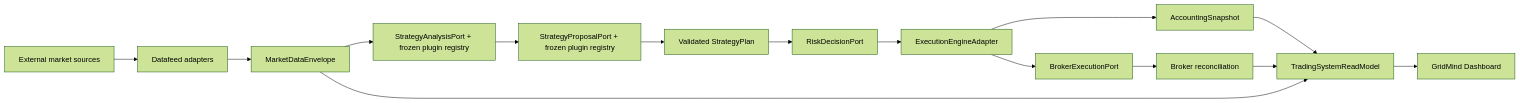
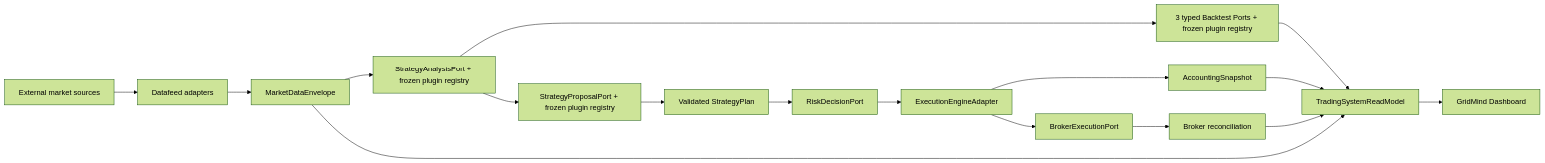
One commit to zinan92/trading-system changed the diagram in docs/trading-system-ports-and-adapters-audit-2026-07-18.md. Above: the diagram before and after it, drawn with Mermaid (forest theme). The commit also changed other lines of this file and 1 other file, not shown here.

Commit message:
test(architecture): freeze backtest plugin boundary

````diff
--- a/docs/trading-system-ports-and-adapters-audit-2026-07-18.md
+++ b/docs/trading-system-ports-and-adapters-audit-2026-07-18.md
@@ -41,17 +41,19 @@
 ```mermaid
 flowchart LR
     S["External market sources"] --> DA["Datafeed adapters"]
     DA --> ME["MarketDataEnvelope"]
     ME --> SA["StrategyAnalysisPort + frozen plugin registry"]
+    SA --> BT["3 typed Backtest Ports + frozen plugin registry"]
     SA --> PP["StrategyProposalPort + frozen plugin registry"]
     PP --> SP["Validated StrategyPlan"]
     SP --> RP["RiskDecisionPort"]
     RP --> EP["ExecutionEngineAdapter"]
     EP --> AP["AccountingSnapshot"]
     EP --> BP["BrokerExecutionPort"]
     BP --> BR["Broker reconciliation"]
     AP --> RM["TradingSystemReadModel"]
     BR --> RM
     ME --> RM
+    BT --> RM
     RM --> UI["GridMind Dashboard"]
 ```
````
